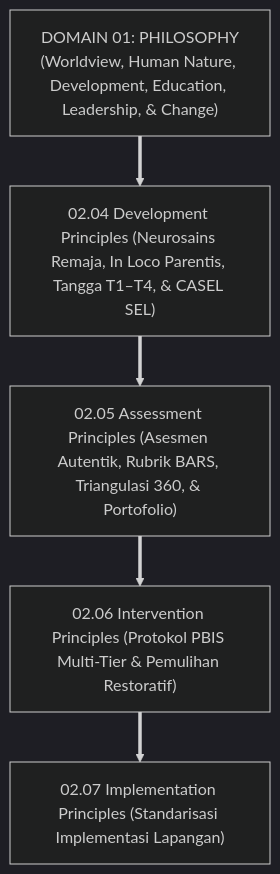
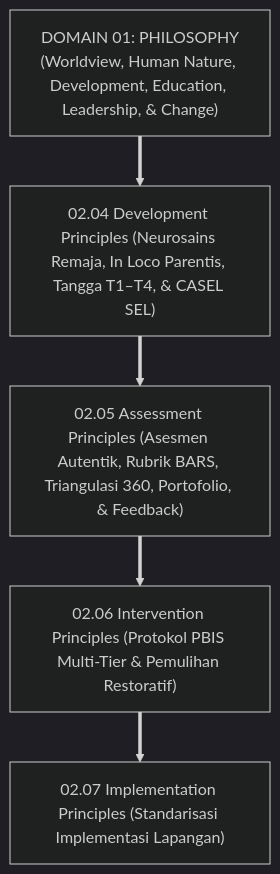
The first of 3 diagrams in 02 Principles/05 Assessment Principles/P2-05-Prinsip-Asesmen-Karakter-TUMBUH.md (wandiapriliyandi/tumbuh), drawn with Mermaid (dark theme) before and after one commit. The commit also changed other lines of this file and 32 other files, not shown here.

````diff
--- a/02 Principles/05 Assessment Principles/P2-05-Prinsip-Asesmen-Karakter-TUMBUH.md
+++ b/02 Principles/05 Assessment Principles/P2-05-Prinsip-Asesmen-Karakter-TUMBUH.md
@@ -50,11 +49,11 @@
 ```mermaid
 graph TD
     D1["DOMAIN 01: PHILOSOPHY<br/>(Worldview, Human Nature, Development, Education, Leadership, & Change)"]
     ==> D2_04["02.04 Development Principles (Neurosains Remaja, In Loco Parentis, Tangga T1–T4, & CASEL SEL)"]
     
-    D2_04 ==> D2_05["02.05 Assessment Principles (Asesmen Autentik, Rubrik BARS, Triangulasi 360, & Portofolio)"]
+    D2_04 ==> D2_05["02.05 Assessment Principles (Asesmen Autentik, Rubrik BARS, Triangulasi 360, Portofolio, & Feedback)"]
     
     D2_05 ==> D2_06["02.06 Intervention Principles (Protokol PBIS Multi-Tier & Pemulihan Restoratif)"]
     
     D2_06 ==> D2_07["02.07 Implementation Principles (Standarisasi Implementasi Lapangan)"]
 ```
````
